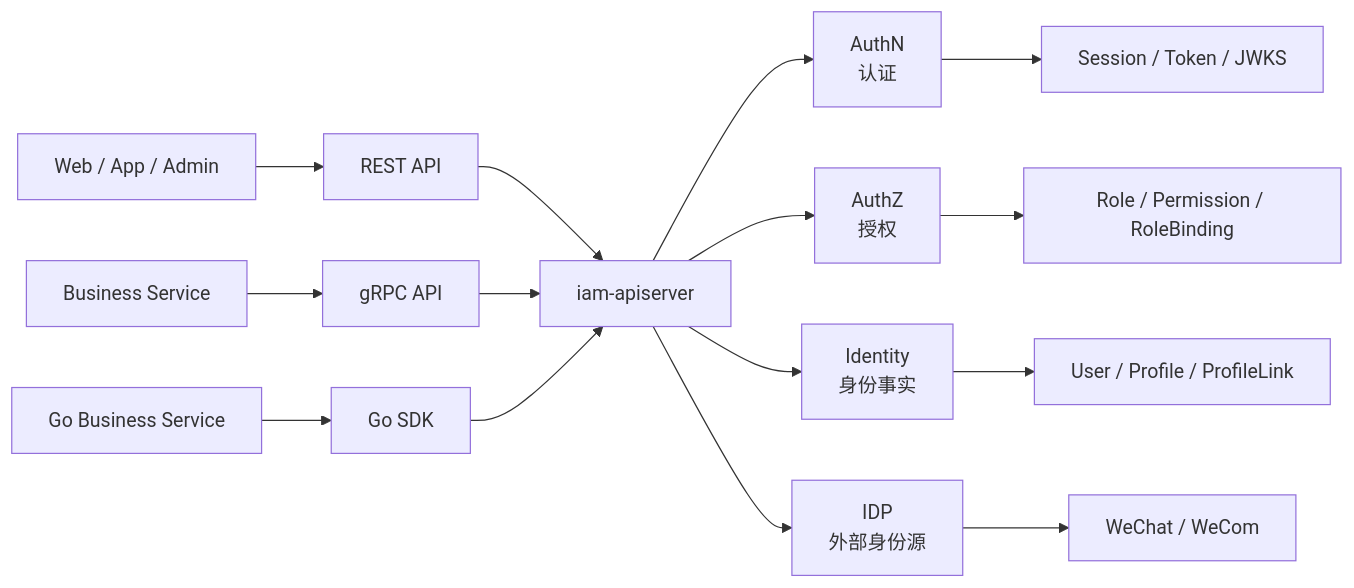
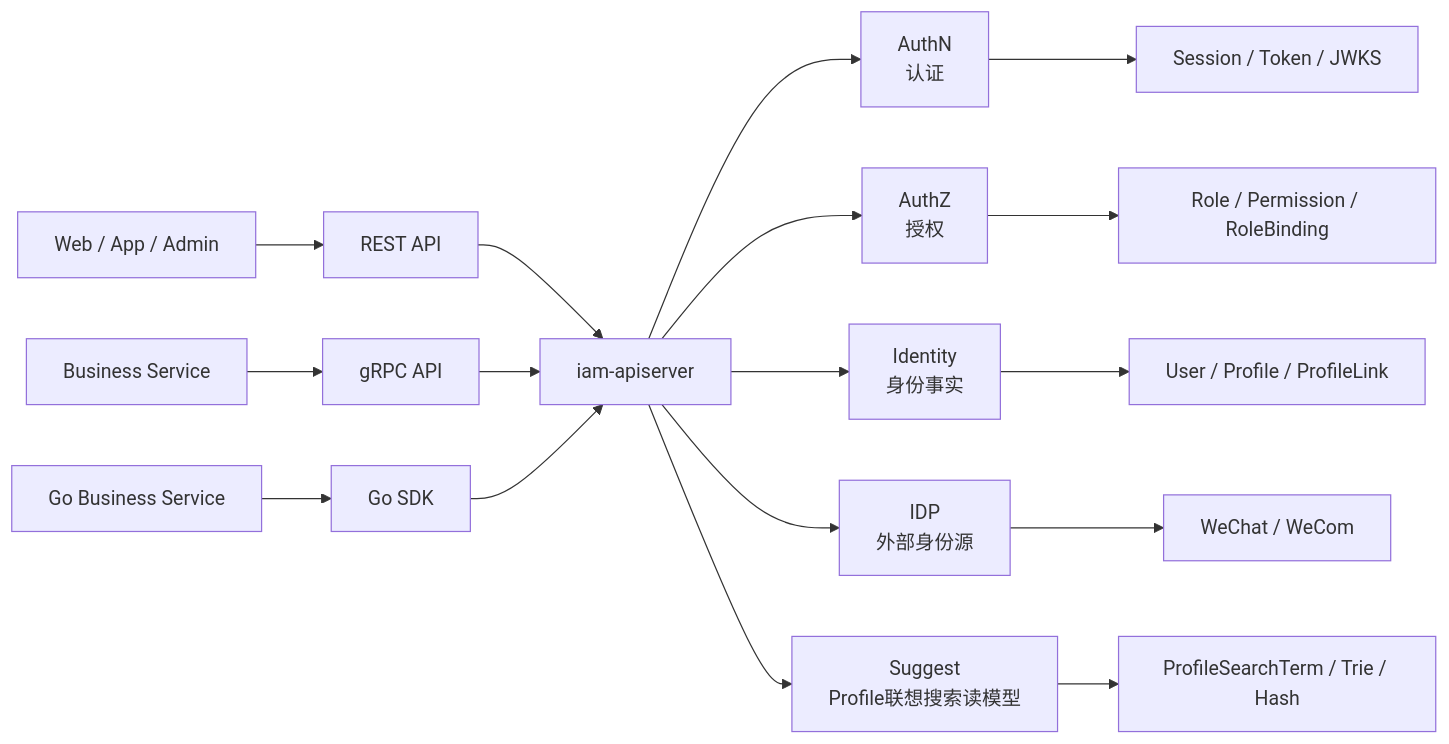
Before and after one commit to FangcunMount/iam: the first of 10 diagrams in docs/00-概览/01-系统架构总览.md, drawn with Mermaid. The commit also changed other lines of this file and 16 other files, not shown here.

````diff
--- a/docs/00-概览/01-系统架构总览.md
+++ b/docs/00-概览/01-系统架构总览.md
@@ -107,20 +113,22 @@
 ```mermaid
 flowchart LR
     Client["Web / App / Admin"] --> REST["REST API"]
     Service["Business Service"] --> GRPC["gRPC API"]
     GoService["Go Business Service"] --> SDK["Go SDK"]
 
     REST --> IAM["iam-apiserver"]
     GRPC --> IAM
     SDK --> IAM
 
     IAM --> AuthN["AuthN<br/>认证"]
     IAM --> AuthZ["AuthZ<br/>授权"]
     IAM --> Identity["Identity<br/>身份事实"]
     IAM --> IDP["IDP<br/>外部身份源"]
+    IAM --> Suggest["Suggest<br/>Profile联想搜索读模型"]
 
     AuthN --> Token["Session / Token / JWKS"]
     AuthZ --> Policy["Role / Permission / RoleBinding"]
     Identity --> Profile["User / Profile / ProfileLink"]
     IDP --> ThirdParty["WeChat / WeCom"]
+    Suggest --> SuggestIndex["ProfileSearchTerm / Trie / Hash"]
 ```
````
